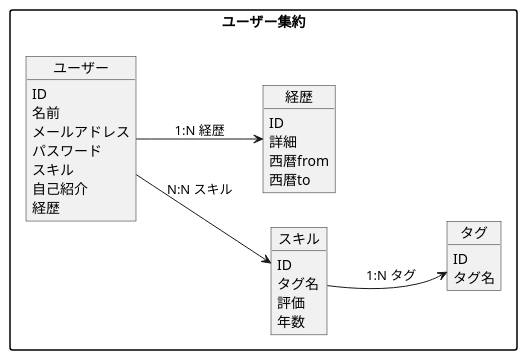
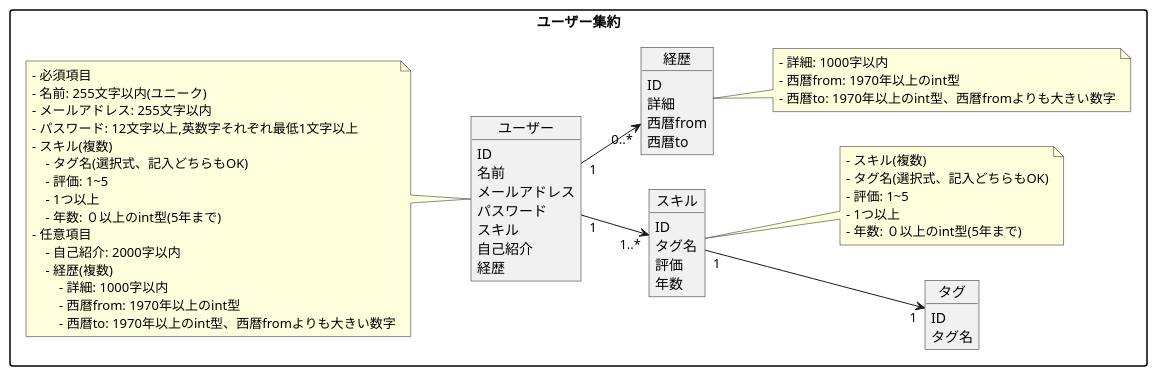
Before and after one commit to TakayukiHirano117/architecture-study: the first of 5 diagrams in menta.pu, drawn with PlantUML.

Commit message:
一旦コミット

```diff
--- a/menta.pu
+++ b/menta.pu
@@ -1,42 +1,73 @@
 @startuml ユーザー集約
 skinparam packageStyle rectangle
 left to right direction
 
 package ユーザー集約 {
     object ユーザー {
         ID
         名前
         メールアドレス
         パスワード
         スキル
         自己紹介
         経歴
     }
 
     object タグ {
         ID
         タグ名
     }
 
     object スキル {
         ID
         タグ名
         評価
         年数
     }
 
     object 経歴 {
         ID
         詳細
         西暦from
         西暦to
     }
 
-    ユーザー --> 経歴 : "1:N 経歴"
-    ユーザー --> スキル : "N:N スキル"
-    スキル --> タグ : "1:N タグ"
+    note left of ユーザー
+    - 必須項目
+    - 名前: 255文字以内(ユニーク)
+    - メールアドレス: 255文字以内
+    - パスワード: 12文字以上,英数字それぞれ最低1文字以上
+    - スキル(複数)
+        - タグ名(選択式、記入どちらもOK)
+        - 評価: 1~5
+        - 1つ以上
+        - 年数: ０以上のint型(5年まで)
+    - 任意項目
+        - 自己紹介: 2000字以内
+        - 経歴(複数)
+            - 詳細: 1000字以内
+            - 西暦from: 1970年以上のint型
+            - 西暦to: 1970年以上のint型、西暦fromよりも大きい数字
+    end note
 
-    タグ -[hidden]-> ユーザー
-    タグ -[hidden]-> スキル
+    note right of 経歴
+    - 詳細: 1000字以内
+    - 西暦from: 1970年以上のint型
+    - 西暦to: 1970年以上のint型、西暦fromよりも大きい数字
+    end note
+
+    note as N1
+    - スキル(複数)
+    - タグ名(選択式、記入どちらもOK)
+    - 評価: 1~5
+    - 1つ以上
+    - 年数: ０以上のint型(5年まで)
+    end note
+
+    スキル .. N1
+
+    ユーザー "1" --> "0..*" 経歴
+    ユーザー "1" --> "1..*" スキル
+    スキル "1" --> "1" タグ
 }
 @enduml
```
